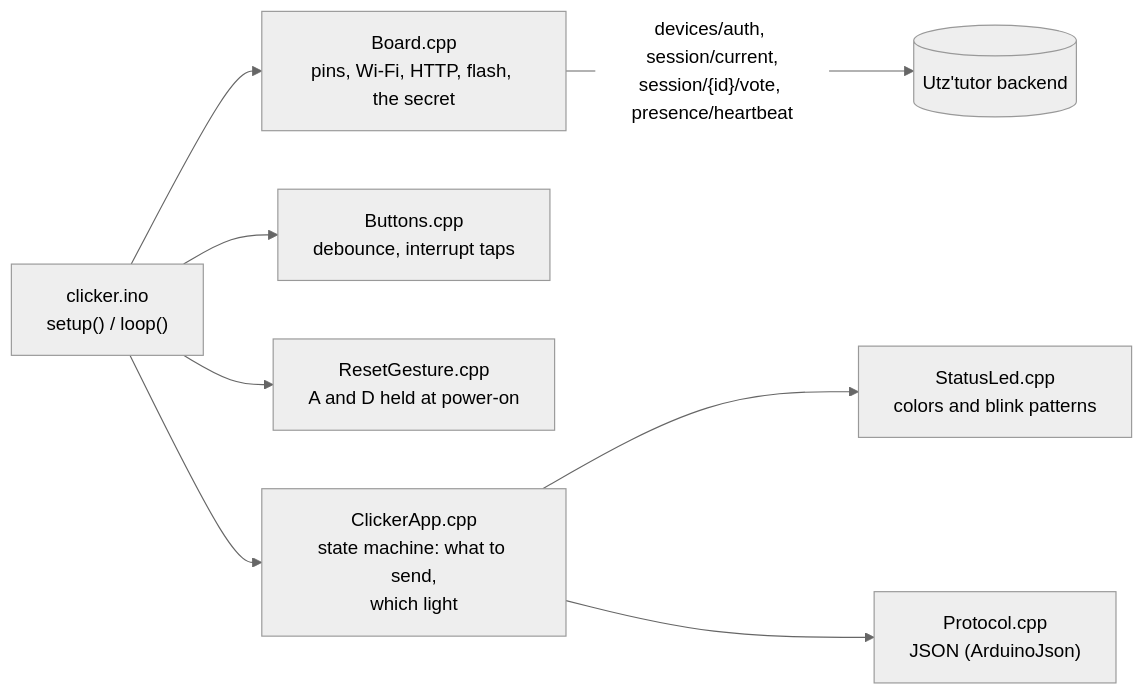
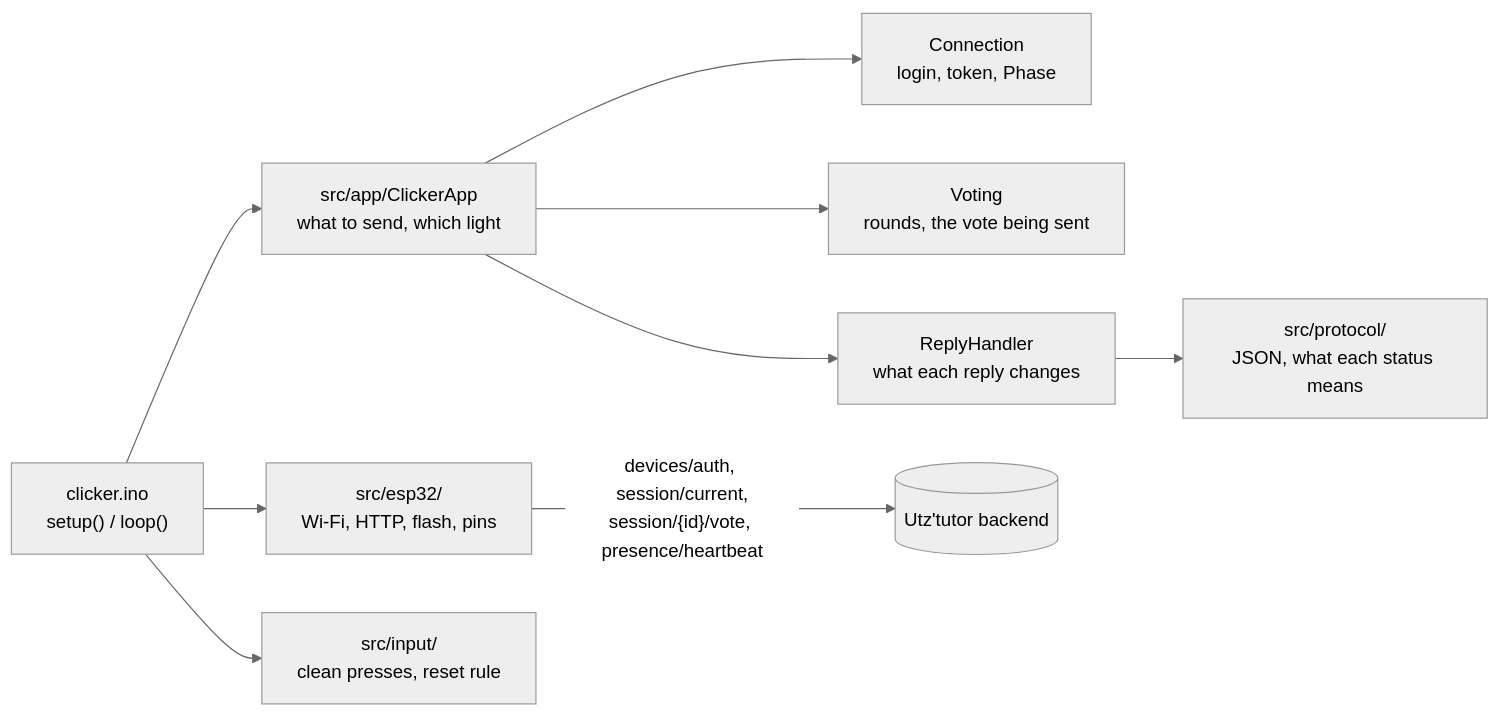
One commit to GabGP/TutorBox changed the second of 2 diagrams in firmware/clicker/README.md. Above: the diagram before and after it, drawn with Mermaid (neutral theme). The commit also changed other lines of this file and 3 other files, not shown here.

Commit message:
docs(firmware): describe the clicker's src/ layout and split tests

````diff
--- a/firmware/clicker/README.md
+++ b/firmware/clicker/README.md
@@ -337,10 +339,11 @@
 ```mermaid
 graph LR
-    INO["clicker.ino<br/>setup() / loop()"] --> BOARD["Board.cpp<br/>pins, Wi-Fi, HTTP, flash, the secret"]
-    INO --> BTN["Buttons.cpp<br/>debounce, interrupt taps"]
-    INO --> RESET["ResetGesture.cpp<br/>A and D held at power-on"]
-    INO --> APP["ClickerApp.cpp<br/>state machine: what to send,<br/>which light"]
-    APP --> LED["StatusLed.cpp<br/>colors and blink patterns"]
-    APP --> PROTO["Protocol.cpp<br/>JSON (ArduinoJson)"]
-    BOARD -->|"devices/auth, session/current,<br/>session/{id}/vote, presence/heartbeat"| API[("Utz'tutor backend")]
+    INO["clicker.ino<br/>setup() / loop()"] --> ESP["src/esp32/<br/>Wi-Fi, HTTP, flash, pins"]
+    INO --> APP["src/app/ClickerApp<br/>what to send, which light"]
+    APP --> CONN["Connection<br/>login, token, Phase"]
+    APP --> VOTE["Voting<br/>rounds, the vote being sent"]
+    APP --> REPLY["ReplyHandler<br/>what each reply changes"]
+    REPLY --> MEAN["src/protocol/<br/>JSON, what each status means"]
+    INO --> IN["src/input/<br/>clean presses, reset rule"]
+    ESP -->|"devices/auth, session/current,<br/>session/{id}/vote, presence/heartbeat"| API[("Utz'tutor backend")]
 ```
````
